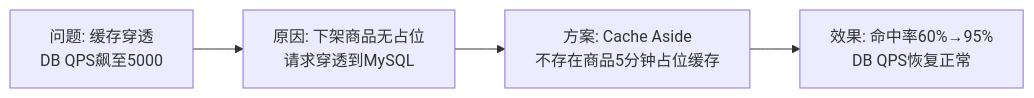
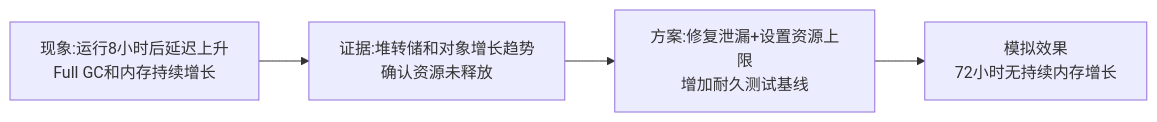
Before and after one commit to EdgarLQS/SoftwareArchitectureExamGuide: the fourth of 4 diagrams in 02-论文专题/0003-测试/00-大纲记忆卡.md, drawn with Mermaid. The commit also changed other lines of this file, not shown here.

````diff
--- a/02-论文专题/0003-测试/00-大纲记忆卡.md
+++ b/02-论文专题/0003-测试/00-大纲记忆卡.md
@@ -59,6 +126,6 @@
 ```mermaid
 flowchart LR
-    A["问题: 缓存穿透<br/>DB QPS飙至5000"] --> B["原因: 下架商品无占位<br/>请求穿透到MySQL"]
-    B --> C["方案: Cache Aside<br/>不存在商品5分钟占位缓存"]
-    C --> D["效果: 命中率60%→95%<br/>DB QPS恢复正常"]
+    A["现象:运行8小时后延迟上升<br/>Full GC和内存持续增长"] --> B["证据:堆转储和对象增长趋势<br/>确认资源未释放"]
+    B --> C["方案:修复泄漏+设置资源上限<br/>增加耐久测试基线"]
+    C --> D["模拟效果<br/>72小时无持续内存增长"]
 ```
````
